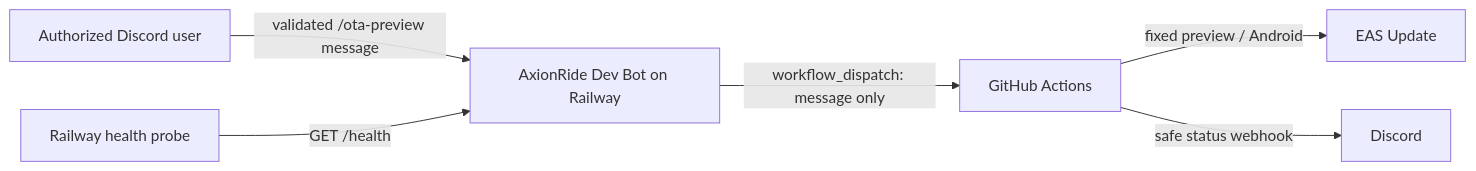
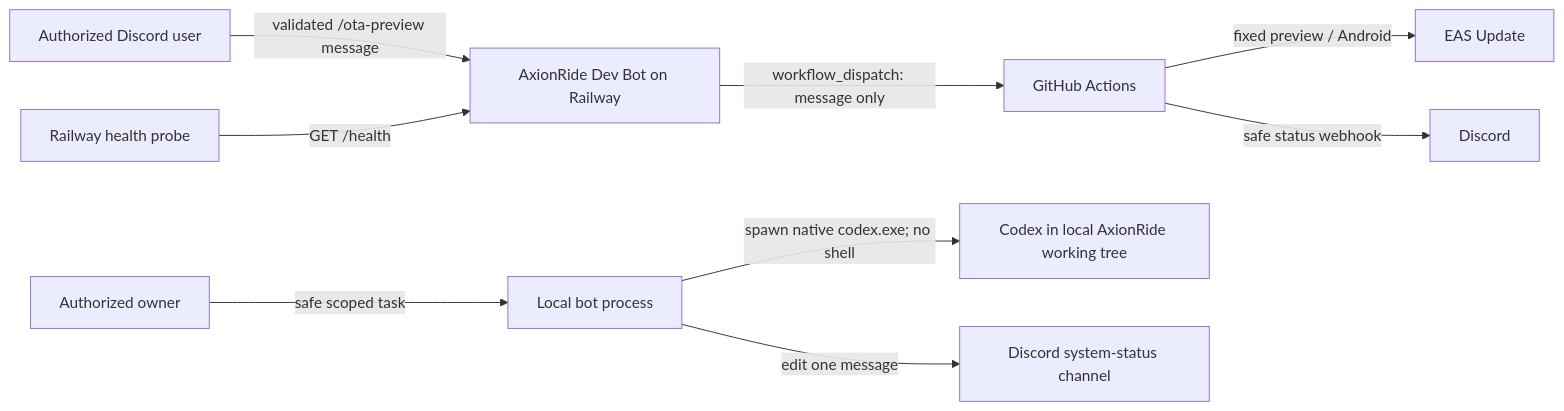
Before and after one commit to jcmejia-dev/axionride-dev-bot: the diagram in README.md, drawn with Mermaid. The commit also changed other lines of this file and 15 other files, not shown here.

````diff
--- a/README.md
+++ b/README.md
@@ -17,8 +19,11 @@
 ```mermaid
 flowchart LR
   U[Authorized Discord user] -->|validated /ota-preview message| B[AxionRide Dev Bot on Railway]
   B -->|workflow_dispatch: message only| G[GitHub Actions]
   G -->|fixed preview / Android| E[EAS Update]
   G -->|safe status webhook| D[Discord]
   H[Railway health probe] -->|GET /health| B
+  O[Authorized owner] -->|safe scoped task| L[Local bot process]
+  L -->|spawn native codex.exe; no shell| C[Codex in local AxionRide working tree]
+  L -->|edit one message| S[Discord system-status channel]
 ```
````
